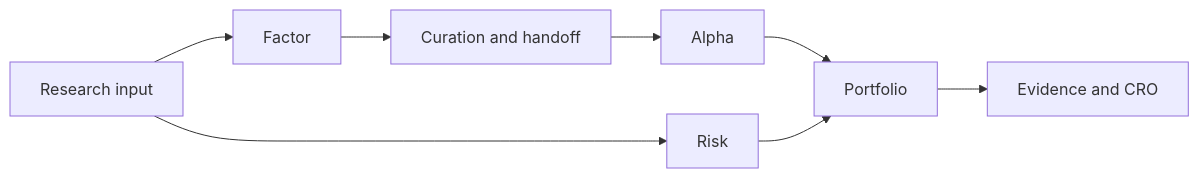
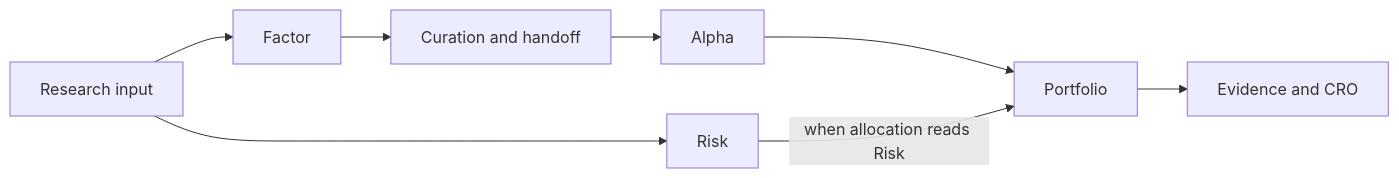
The diagram in docs/public-source/research-flows.md (xinglin-li/alphalattice), drawn with Mermaid before and after one commit. The commit also changed other lines of this file and 543 other files, not shown here.

````diff
--- a/docs/public-source/research-flows.md
+++ b/docs/public-source/research-flows.md
@@ -6,10 +6,10 @@
 ```mermaid
 flowchart LR
   I[Research input] --> F[Factor]
   F --> C[Curation and handoff]
   C --> A[Alpha]
   I --> R[Risk]
   A --> P[Portfolio]
-  R --> P
+  R -->|when allocation reads Risk| P
   P --> E[Evidence and CRO]
 ```
````
